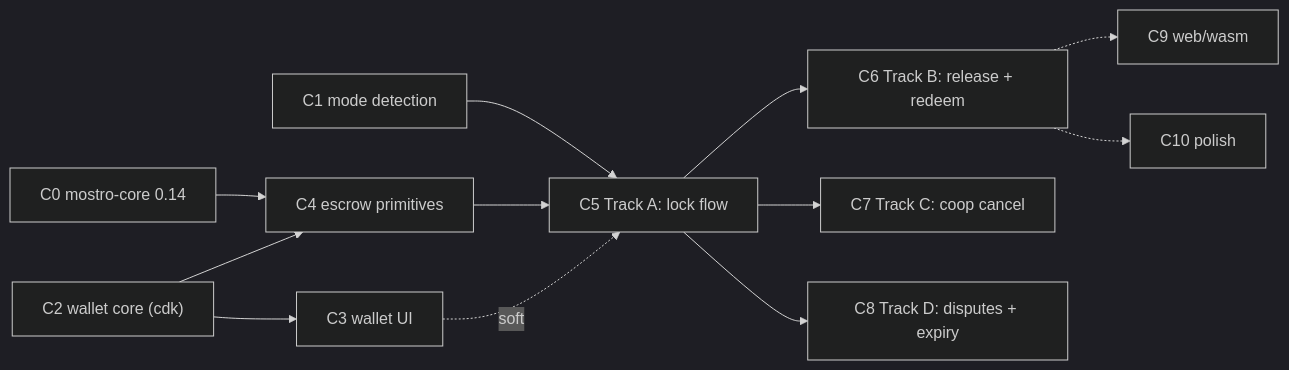
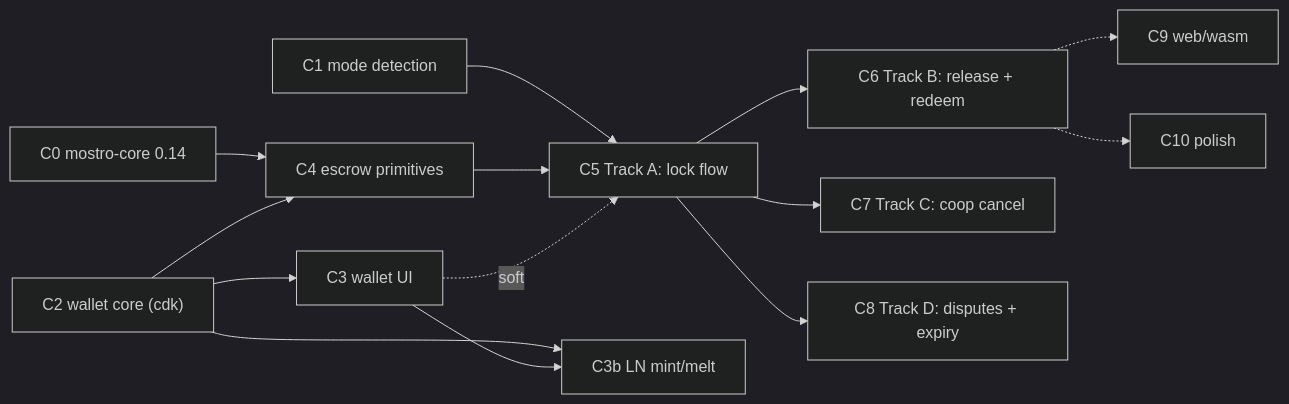
Before and after one commit to Delgado74/app: the second of 2 diagrams in docs/cashu/README.md, drawn with Mermaid (dark theme). The commit also changed other lines of this file, not shown here.

````diff
--- a/docs/cashu/README.md
+++ b/docs/cashu/README.md
@@ -360,14 +360,16 @@
 ```mermaid
 flowchart LR
     C0["C0 mostro-core 0.14"] --> C4
     C1["C1 mode detection"] --> C5
     C2["C2 wallet core (cdk)"] --> C3["C3 wallet UI"]
     C2 --> C4["C4 escrow primitives"]
     C4 --> C5["C5 Track A: lock flow"]
     C3 -.soft.-> C5
+    C2 --> C3b["C3b LN mint/melt"]
+    C3 --> C3b
     C5 --> C6["C6 Track B: release + redeem"]
     C5 --> C7["C7 Track C: coop cancel"]
     C5 --> C8["C8 Track D: disputes + expiry"]
     C6 -.-> C9["C9 web/wasm"]
     C6 -.-> C10["C10 polish"]
 ```
````
